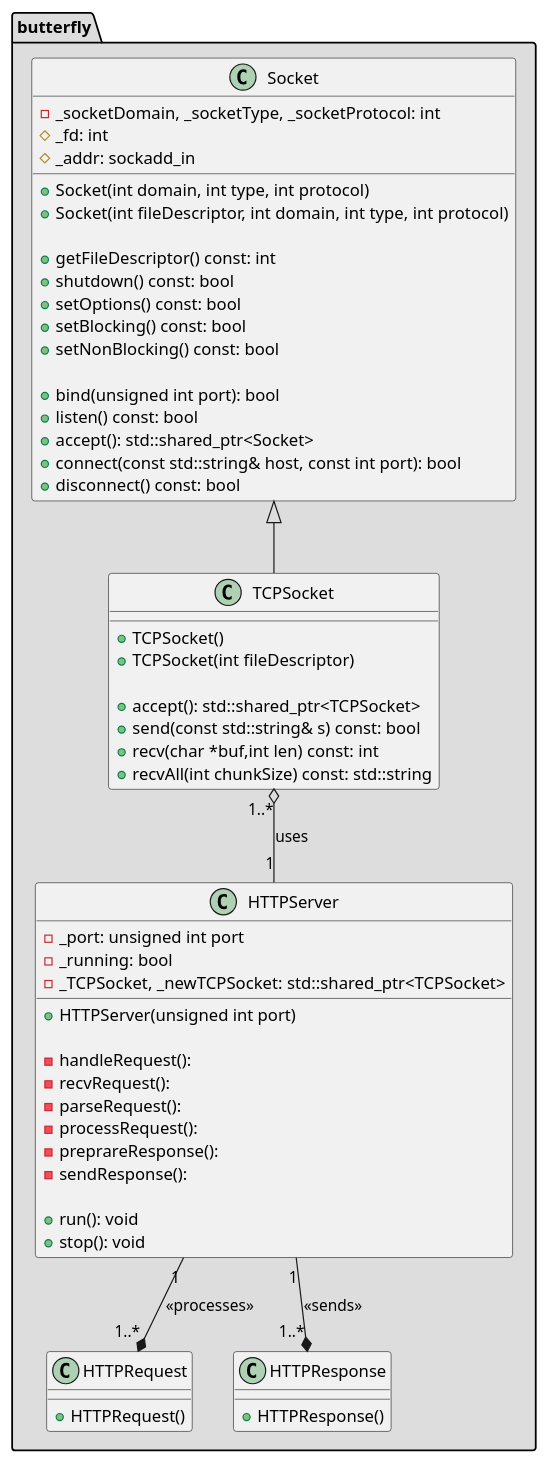
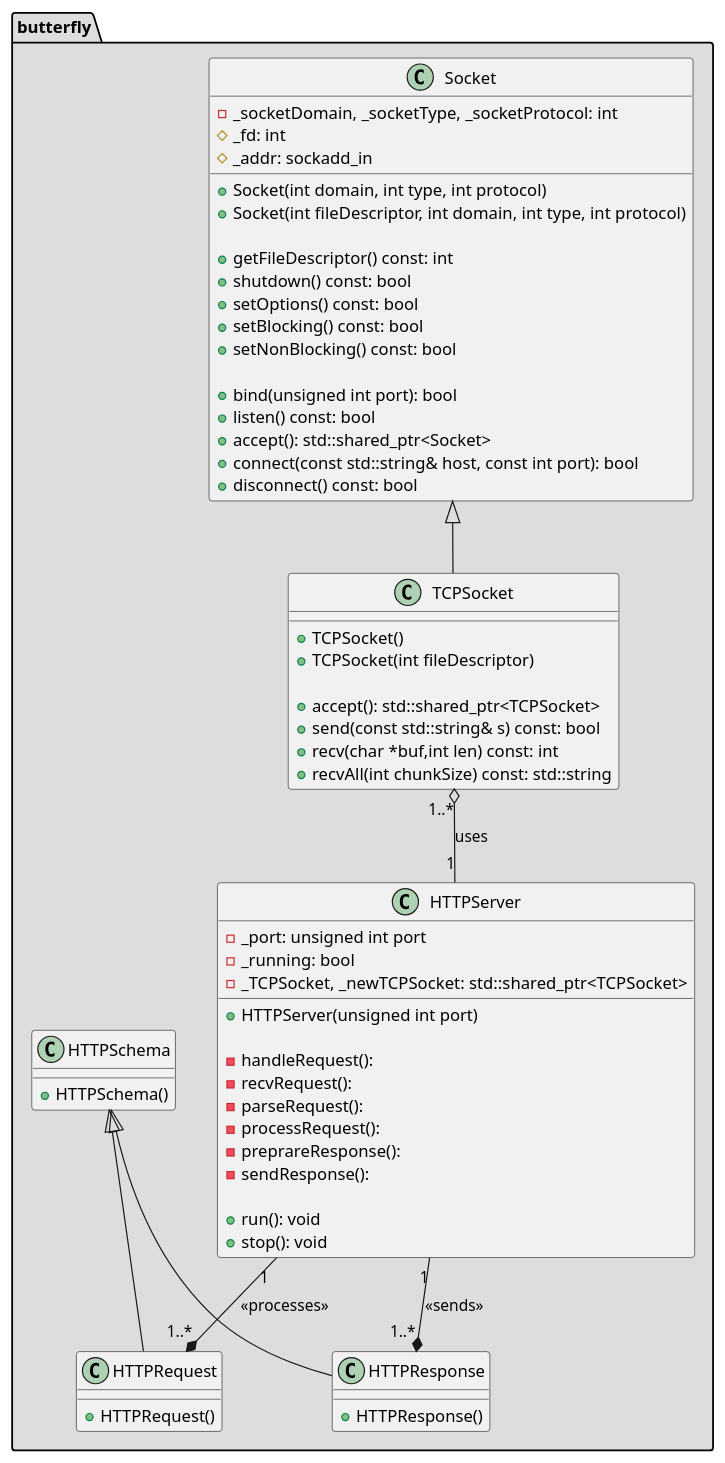
The diagram in architecture/class_diagrams/httpServer.puml (bierschi/butterfly), drawn with PlantUML before and after one commit. The commit also changed 9 other files, not shown here.

```diff
--- a/architecture/class_diagrams/httpServer.puml
+++ b/architecture/class_diagrams/httpServer.puml
@@ -1,77 +1,86 @@
 @startuml
 'https://plantuml.com/sequence-diagram
 package butterfly #DDDDDD
 {
 
 class Socket
 {
     - _socketDomain, _socketType, _socketProtocol: int
     #_fd: int
     #_addr: sockadd_in
 
     +Socket(int domain, int type, int protocol)
     +Socket(int fileDescriptor, int domain, int type, int protocol)
 
     +getFileDescriptor() const: int
     +shutdown() const: bool
     +setOptions() const: bool
     +setBlocking() const: bool
     +setNonBlocking() const: bool
 
     +bind(unsigned int port): bool
     +listen() const: bool
     +accept(): std::shared_ptr<Socket>
     +connect(const std::string& host, const int port): bool
     +disconnect() const: bool
 }
 
 class TCPSocket
 {
 
     +TCPSocket()
     +TCPSocket(int fileDescriptor)
 
     +accept(): std::shared_ptr<TCPSocket>
     +send(const std::string& s) const: bool
     +recv(char *buf,int len) const: int
     +recvAll(int chunkSize) const: std::string
 }
 
 class HTTPServer
 {
     - _port: unsigned int port
     -_running: bool
     - _TCPSocket, _newTCPSocket: std::shared_ptr<TCPSocket>
     +HTTPServer(unsigned int port)
 
     -handleRequest():
     -recvRequest():
     -parseRequest():
     -processRequest():
     -preprareResponse():
     -sendResponse():
 
     +run(): void
     +stop(): void
 }
 
+class HTTPSchema
+{
+
+    +HTTPSchema()
+}
+
 class HTTPRequest
 {
 
     +HTTPRequest()
 }
 
 class HTTPResponse
 {
 
     +HTTPResponse()
 }
 
 Socket            <|-- TCPSocket
 TCPSocket "1..*"  o--  "1" HTTPServer : uses
 
 HTTPServer "1"    --* "1..*" HTTPRequest: <<processes>>
 HTTPServer "1"    --* "1..*" HTTPResponse: <<sends>>
 
+HTTPSchema <|-- HTTPRequest
+HTTPSchema <|-- HTTPResponse
+
 }
 @enduml
```
